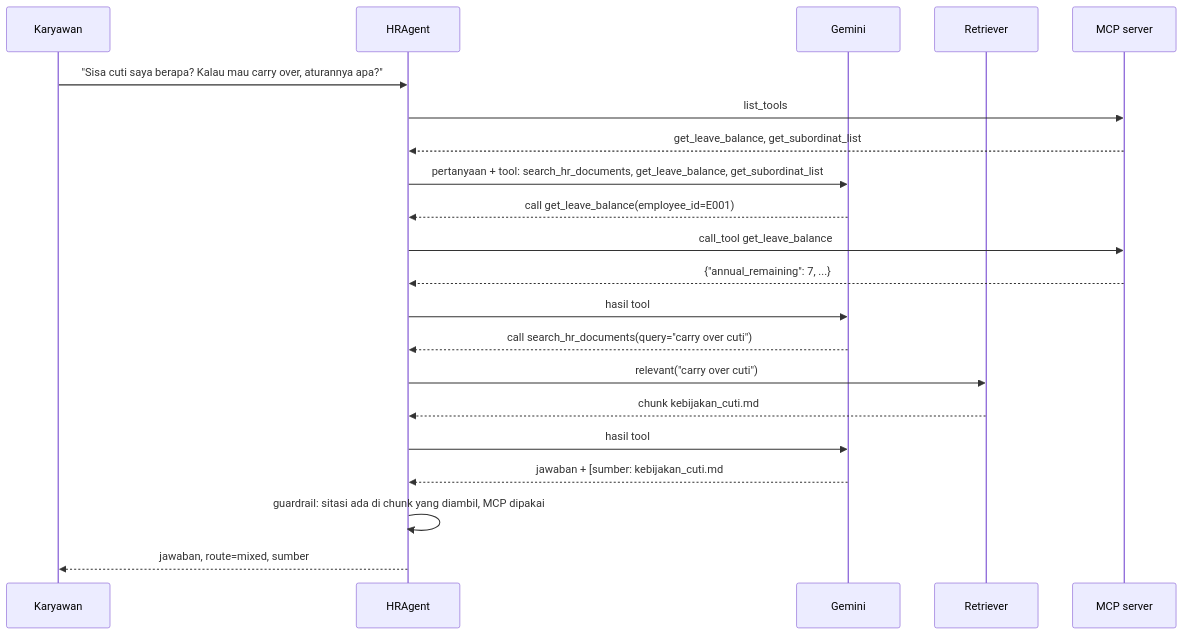
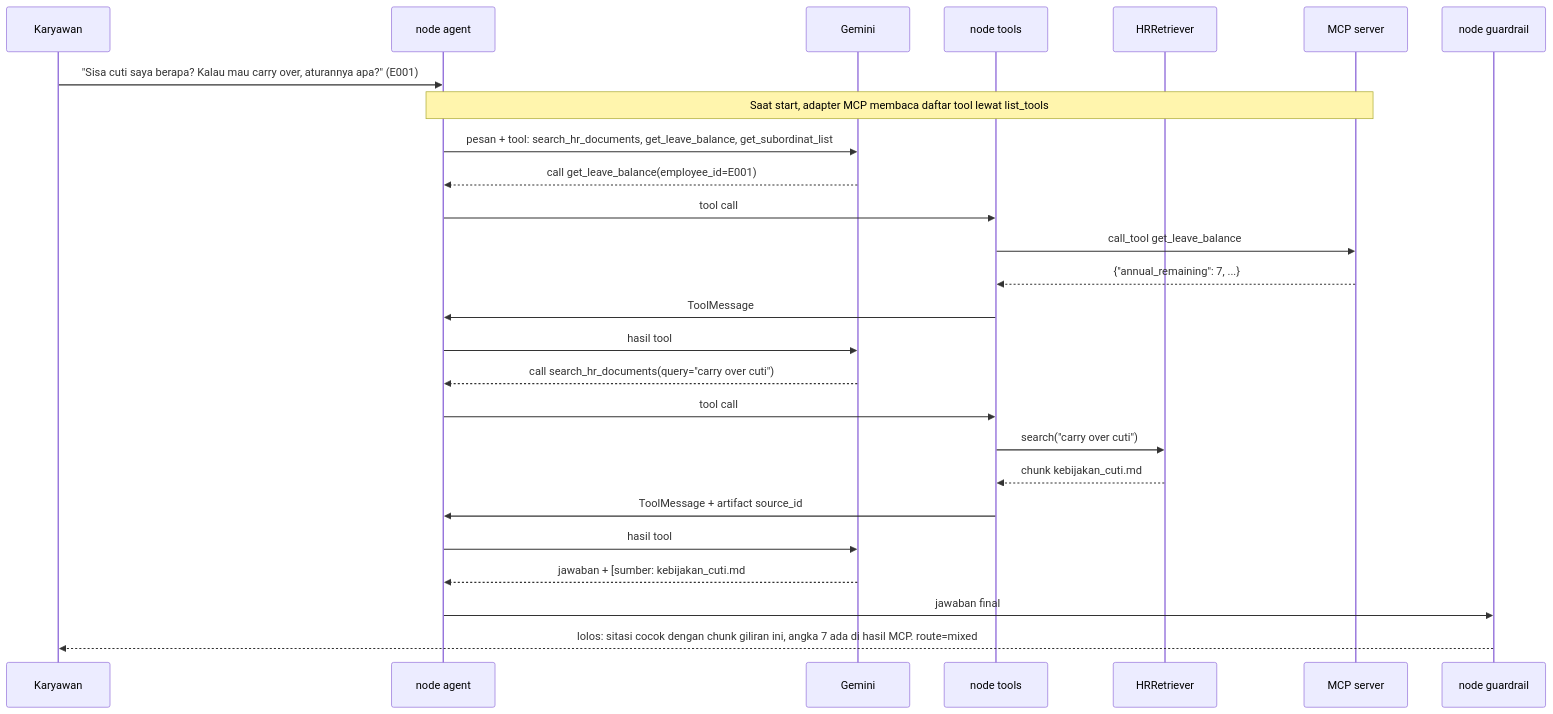
Before and after one commit to akmalmzkki25/hr-assistant-rag-mcp: the second of 2 diagrams in docs/architecture.md, drawn with Mermaid. The commit also changed other lines of this file and 1 other file, not shown here.

Commit message:
docs: architecture and README for LangGraph, Typesense, Postgres and Alembic

````diff
--- a/docs/architecture.md
+++ b/docs/architecture.md
@@ -43,24 +48,29 @@
 ```mermaid
 sequenceDiagram
     participant U as Karyawan
-    participant A as HRAgent
+    participant A as node agent
     participant G as Gemini
-    participant R as Retriever
+    participant T as node tools
+    participant R as HRRetriever
     participant M as MCP server
+    participant V as node guardrail
 
-    U->>A: "Sisa cuti saya berapa? Kalau mau carry over, aturannya apa?"
-    A->>M: list_tools
-    M-->>A: get_leave_balance, get_subordinat_list
-    A->>G: pertanyaan + tool: search_hr_documents, get_leave_balance, get_subordinat_list
+    U->>A: "Sisa cuti saya berapa? Kalau mau carry over, aturannya apa?" (E001)
+    Note over A,M: Saat start, adapter MCP membaca daftar tool lewat list_tools
+    A->>G: pesan + tool: search_hr_documents, get_leave_balance, get_subordinat_list
     G-->>A: call get_leave_balance(employee_id=E001)
-    A->>M: call_tool get_leave_balance
-    M-->>A: {"annual_remaining": 7, ...}
+    A->>T: tool call
+    T->>M: call_tool get_leave_balance
+    M-->>T: {"annual_remaining": 7, ...}
+    T->>A: ToolMessage
     A->>G: hasil tool
     G-->>A: call search_hr_documents(query="carry over cuti")
-    A->>R: relevant("carry over cuti")
-    R-->>A: chunk kebijakan_cuti.md#Kebijakan Cuti > Carry Over Cuti
+    A->>T: tool call
+    T->>R: search("carry over cuti")
+    R-->>T: chunk kebijakan_cuti.md#Kebijakan Cuti > Carry Over Cuti
+    T->>A: ToolMessage + artifact source_id
     A->>G: hasil tool
     G-->>A: jawaban + [sumber: kebijakan_cuti.md#Kebijakan Cuti > Carry Over Cuti]
-    A->>A: guardrail: sitasi ada di chunk yang diambil, MCP dipakai
-    A-->>U: jawaban, route=mixed, sumber
+    A->>V: jawaban final
+    V-->>U: lolos: sitasi cocok dengan chunk giliran ini, angka 7 ada di hasil MCP. route=mixed
 ```
````
